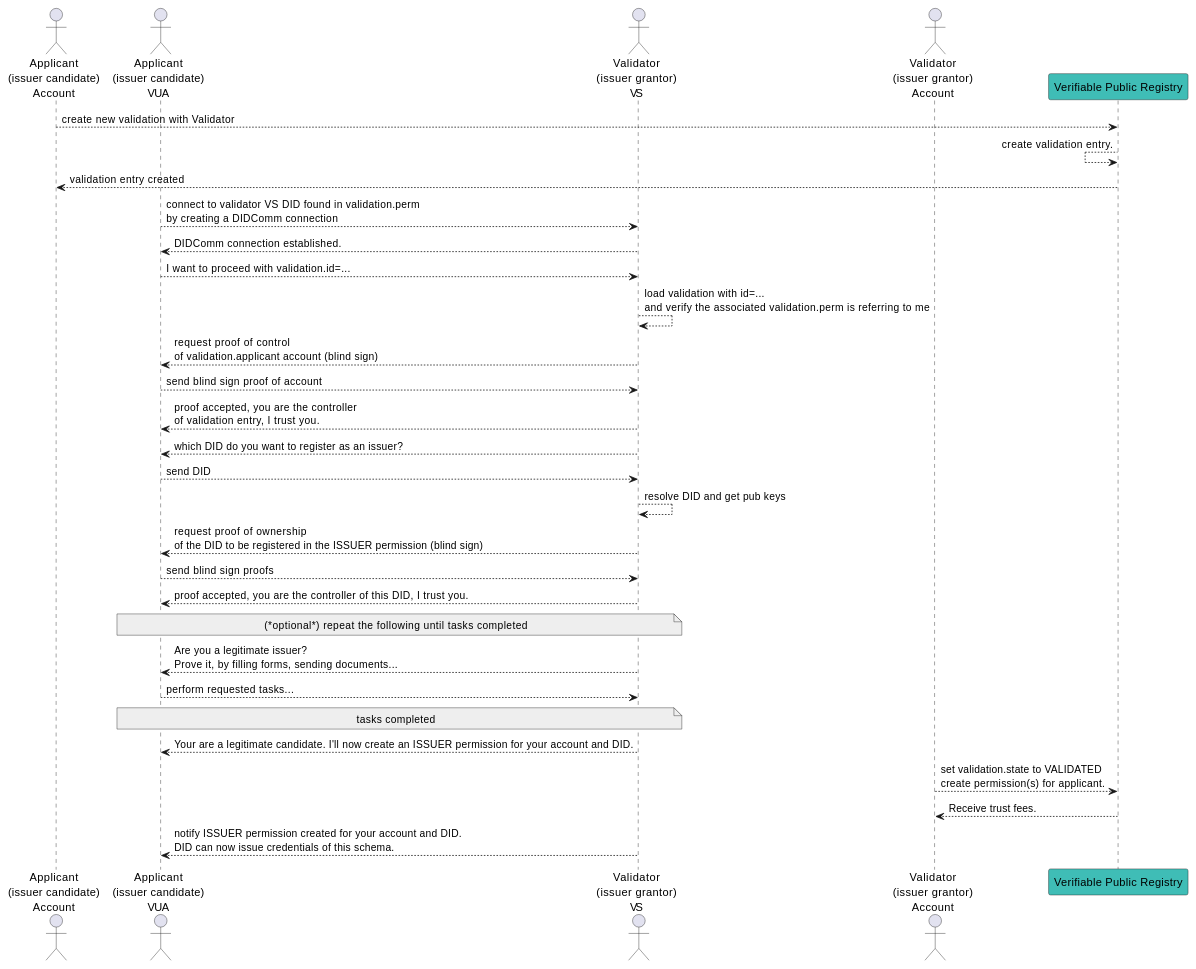
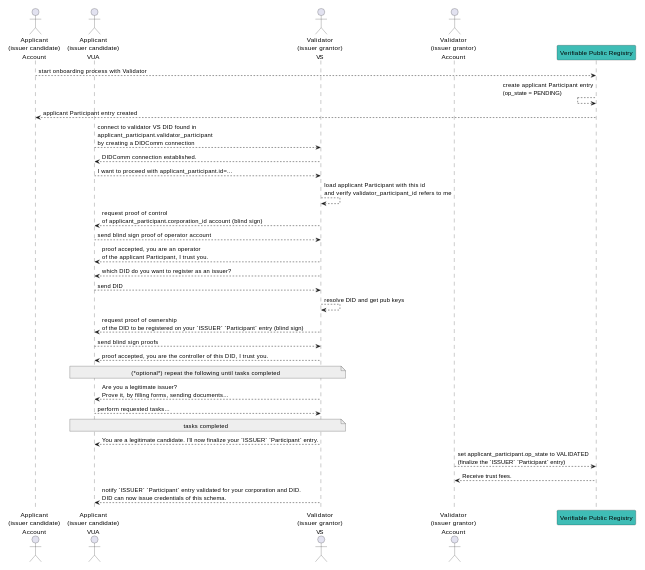
One commit to verana-labs/verana-docs changed the third of 5 diagrams in docs/learn/verifiable-public-registry/60-onboarding-participants.md. Above: the diagram before and after it, drawn with PlantUML. The commit also changed other lines of this file and 159 other files, not shown here.

````diff
--- a/docs/learn/verifiable-public-registry/60-onboarding-participants.md
+++ b/docs/learn/verifiable-public-registry/60-onboarding-participants.md
@@ -154,35 +165,35 @@
 ```plantuml
-
+scale max 800 width
 actor "Applicant\n(issuer candidate)\nAccount" as ApplicantAccount 
 actor "Applicant\n(issuer candidate)\nVUA" as ApplicantBrowser 
 
 actor "Validator\n(issuer grantor)\nVS" as ValidatorVS
 actor "Validator\n(issuer grantor)\nAccount" as ValidatorAccount
 
 participant "Verifiable Public Registry" as VPR #3fbdb6
 
-ApplicantAccount --> VPR: create new validation with Validator 
-VPR <-- VPR: create validation entry.
-ApplicantAccount <-- VPR: validation entry created
-ApplicantBrowser --> ValidatorVS: connect to validator VS DID found in validation.perm\nby creating a DIDComm connection
+ApplicantAccount --> VPR: start onboarding process with Validator
+VPR <-- VPR: create applicant Participant entry\n(op_state = PENDING)
+ApplicantAccount <-- VPR: applicant Participant entry created
+ApplicantBrowser --> ValidatorVS: connect to validator VS DID found in\napplicant_participant.validator_participant\nby creating a DIDComm connection
 ApplicantBrowser <-- ValidatorVS: DIDComm connection established.
-ApplicantBrowser --> ValidatorVS: I want to proceed with validation.id=...
-ValidatorVS --> ValidatorVS: load validation with id=...\nand verify the associated validation.perm is referring to me
-ApplicantBrowser <-- ValidatorVS: request proof of control\nof validation.applicant account (blind sign)
-ApplicantBrowser --> ValidatorVS: send blind sign proof of account
-ApplicantBrowser <-- ValidatorVS: proof accepted, you are the controller\nof validation entry, I trust you.
+ApplicantBrowser --> ValidatorVS: I want to proceed with applicant_participant.id=...
+ValidatorVS --> ValidatorVS: load applicant Participant with this id\nand verify validator_participant_id refers to me
+ApplicantBrowser <-- ValidatorVS: request proof of control\nof applicant_participant.corporation_id account (blind sign)
+ApplicantBrowser --> ValidatorVS: send blind sign proof of operator account
+ApplicantBrowser <-- ValidatorVS: proof accepted, you are an operator\nof the applicant Participant, I trust you.
 ApplicantBrowser <-- ValidatorVS: which DID do you want to register as an issuer?
 ApplicantBrowser --> ValidatorVS: send DID
 ValidatorVS --> ValidatorVS: resolve DID and get pub keys
-ApplicantBrowser <-- ValidatorVS: request proof of ownership\nof the DID to be registered in the ISSUER permission (blind sign)
+ApplicantBrowser <-- ValidatorVS: request proof of ownership\nof the DID to be registered on your `ISSUER` `Participant` entry (blind sign)
 ApplicantBrowser --> ValidatorVS: send blind sign proofs
 ApplicantBrowser <-- ValidatorVS: proof accepted, you are the controller of this DID, I trust you.
 note over ApplicantBrowser, ValidatorVS #EEEEEE: (*optional*) repeat the following until tasks completed
 ApplicantBrowser <-- ValidatorVS: Are you a legitimate issuer?\nProve it, by filling forms, sending documents...
 ApplicantBrowser --> ValidatorVS: perform requested tasks...
 note over ApplicantBrowser, ValidatorVS #EEEEEE: tasks completed
-ApplicantBrowser <-- ValidatorVS: Your are a legitimate candidate. I'll now create an ISSUER permission for your account and DID.
-ValidatorAccount --> VPR #3fbdb6: set validation.state to VALIDATED\ncreate permission(s) for applicant.
+ApplicantBrowser <-- ValidatorVS: You are a legitimate candidate. I'll now finalize your `ISSUER` `Participant` entry.
+ValidatorAccount --> VPR #3fbdb6: set applicant_participant.op_state to VALIDATED\n(finalize the `ISSUER` `Participant` entry)
 VPR --> ValidatorAccount: Receive trust fees.
-ApplicantBrowser <-- ValidatorVS: notify ISSUER permission created for your account and DID.\nDID can now issue credentials of this schema.
+ApplicantBrowser <-- ValidatorVS: notify `ISSUER` `Participant` entry validated for your corporation and DID.\nDID can now issue credentials of this schema.
 ```
````
